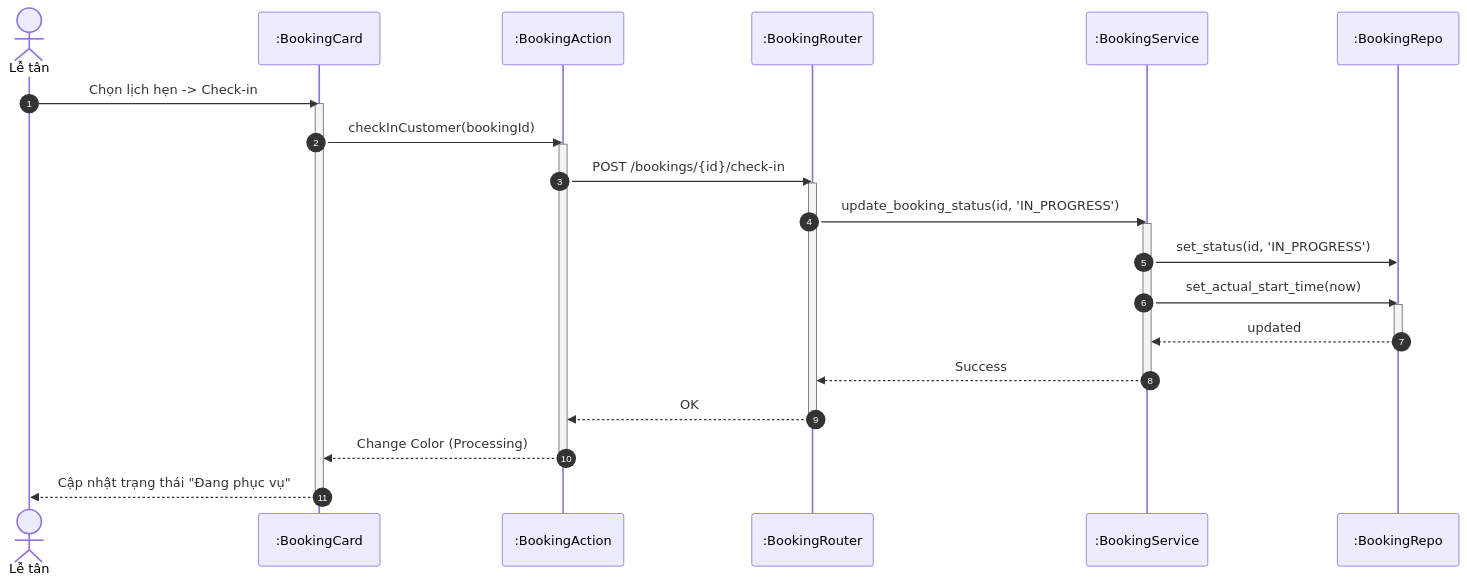
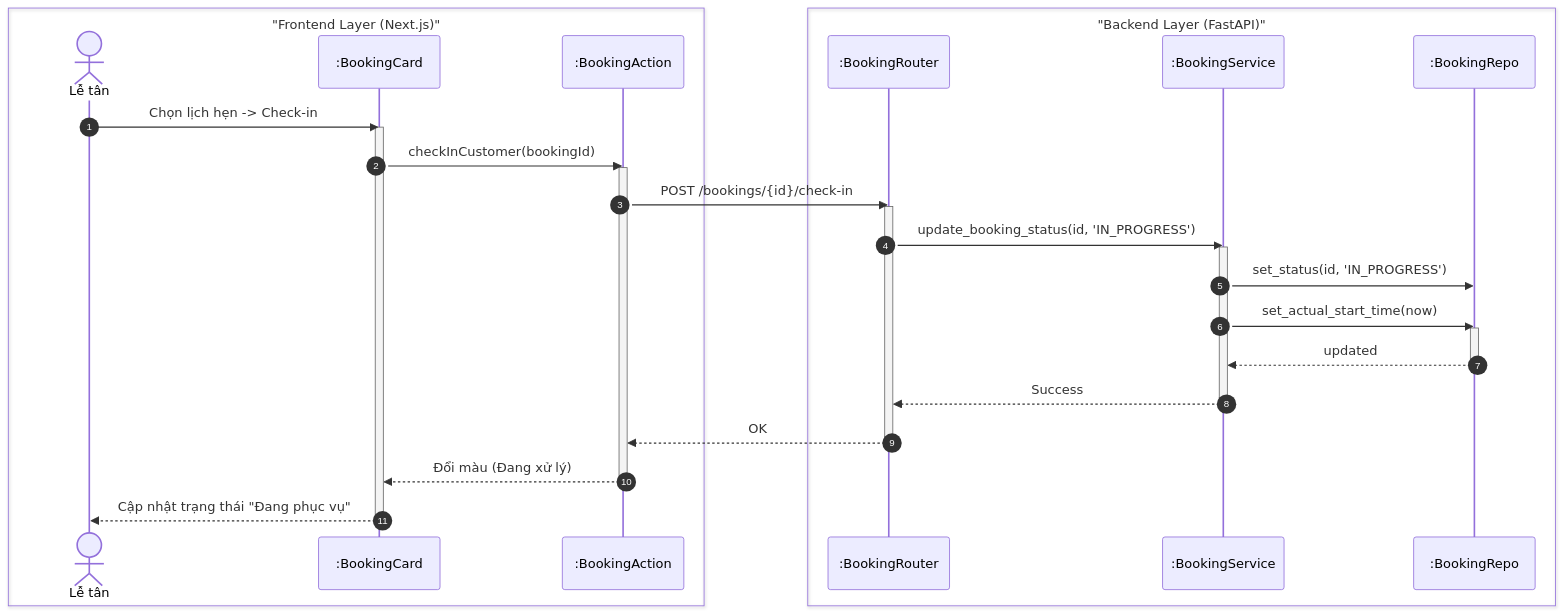
Before and after one commit to ngoctinn/Synapse: the third of 4 diagrams in docs/design/sequences/receptionist_flows.md, drawn with Mermaid. The commit also changed other lines of this file and 4 other files, not shown here.

Commit message:
docs: Add initial sequence diagrams for authentication, customer, technician, receptionist, and admin flows.

````diff
--- a/docs/design/sequences/receptionist_flows.md
+++ b/docs/design/sequences/receptionist_flows.md
@@ -126,39 +136,44 @@
 ```mermaid
 sequenceDiagram
     autonumber
-    actor LT as Lễ tân
-    participant UI as :BookingCard
-    participant BFF as :BookingAction
-    participant API as :BookingRouter
-    participant S as :BookingService
-    participant DB as :BookingRepo
+    box "Frontend Layer (Next.js)"
+        actor LT as Lễ tân
+        participant UI as :BookingCard
+        participant BFF as :BookingAction
+    end
+
+    box "Backend Layer (FastAPI)"
+        participant API as :BookingRouter
+        participant S as :BookingService
+        participant DB as :BookingRepo
+    end
 
     LT->>UI: Chọn lịch hẹn -> Check-in
     activate UI
     UI->>BFF: checkInCustomer(bookingId)
     activate BFF
 
     BFF->>API: POST /bookings/{id}/check-in
     activate API
 
     API->>S: update_booking_status(id, 'IN_PROGRESS')
     activate S
 
     S->>DB: set_status(id, 'IN_PROGRESS')
     S->>DB: set_actual_start_time(now)
     activate DB
     DB-->>S: updated
     deactivate DB
 
     S-->>API: Success
     deactivate S
 
     API-->>BFF: OK
     deactivate API
 
-    BFF-->>UI: Change Color (Processing)
+    BFF-->>UI: Đổi màu (Đang xử lý)
     deactivate BFF
 
     UI-->>LT: Cập nhật trạng thái "Đang phục vụ"
     deactivate UI
 ```
````
